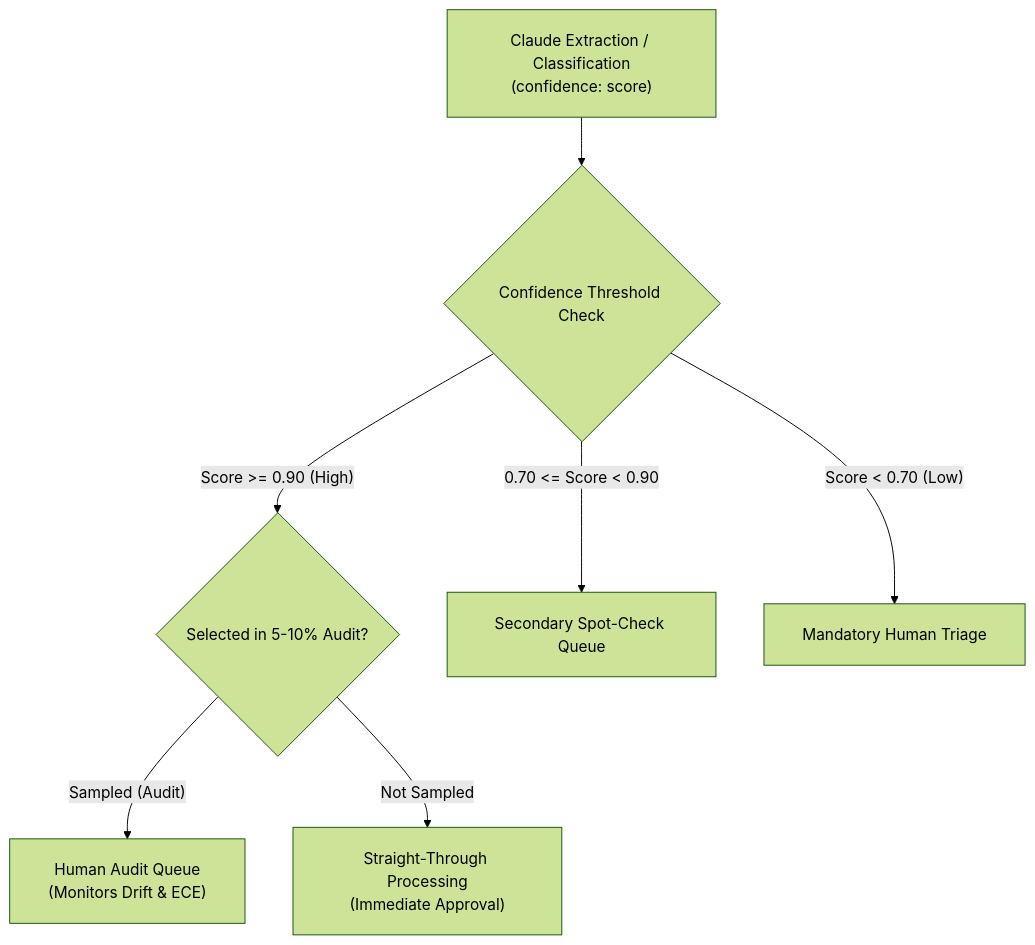
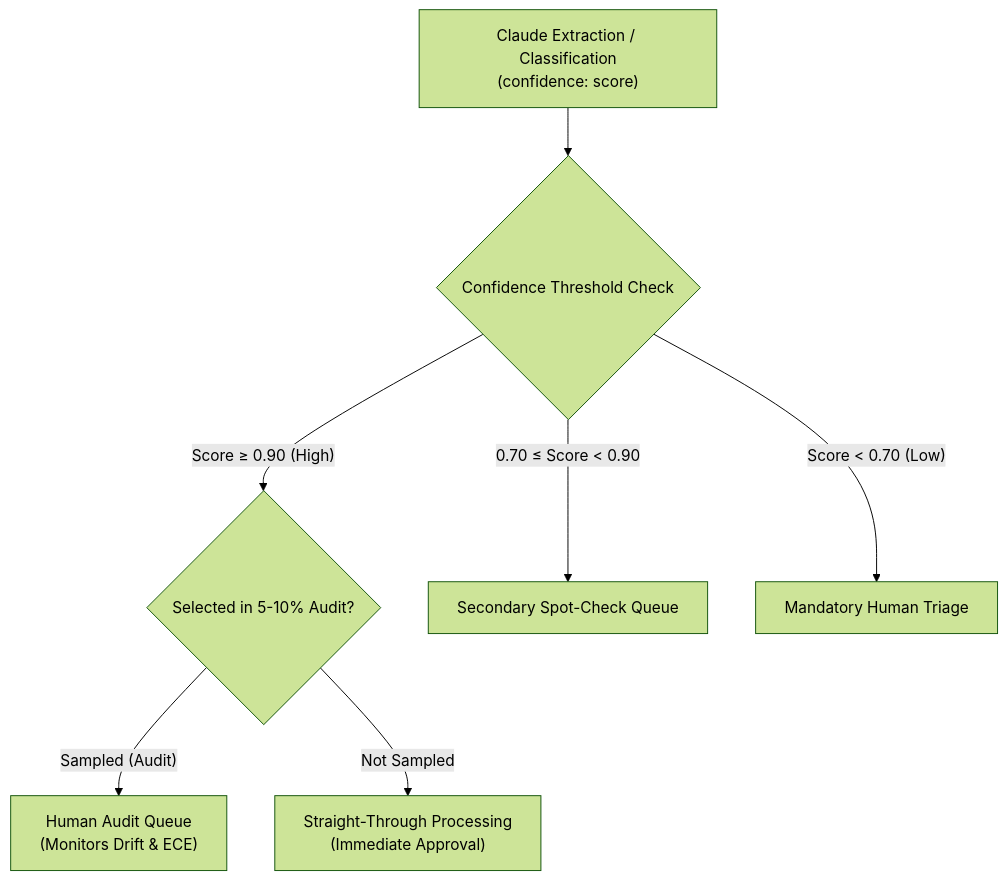
One commit to dip4k/claude_cert_architect_foundation_prep changed the diagram in domain5/ts_5_5_human_review_calibration/README.md. Above: the diagram before and after it, drawn with Mermaid (forest theme). The commit also changed 31 other files, not shown here.

First line of the commit message:
docs(diagrams): fix GitHub Mermaid rendering cut-off, wrappingWidth, and entity escapes across all 32 docs

````diff
--- a/domain5/ts_5_5_human_review_calibration/README.md
+++ b/domain5/ts_5_5_human_review_calibration/README.md
@@ -10,14 +10,14 @@
 ```mermaid
-%%{init: {"flowchart": {"htmlLabels": true, "padding": 20}}}%%
+%%{init: {"flowchart": {"htmlLabels": true, "wrappingWidth": 250}}}%%
 flowchart TD
     Pred["Claude Extraction / Classification<br/>(confidence: score)"] --> Router{"Confidence Threshold Check"}
     
-    Router -- "Score >= 0.90 (High)" --> SamplingCheck{"Selected in 5-10% Audit?"}
+    Router -- "Score &ge; 0.90 (High)" --> SamplingCheck{"Selected in 5-10% Audit?"}
     
     SamplingCheck -- "Sampled (Audit)" --> HumanAudit["Human Audit Queue<br/>(Monitors Drift & ECE)"]
     SamplingCheck -- "Not Sampled" --> AutoApprove["Straight-Through Processing<br/>(Immediate Approval)"]
     
-    Router -- "0.70 <= Score < 0.90" --> AsyncReview["Secondary Spot-Check Queue"]
+    Router -- "0.70 &le; Score &lt; 0.90" --> AsyncReview["Secondary Spot-Check Queue"]
     
-    Router -- "Score < 0.70 (Low)" --> SyncEscalation["Mandatory Human Triage"]
+    Router -- "Score &lt; 0.70 (Low)" --> SyncEscalation["Mandatory Human Triage"]
 ```
````
